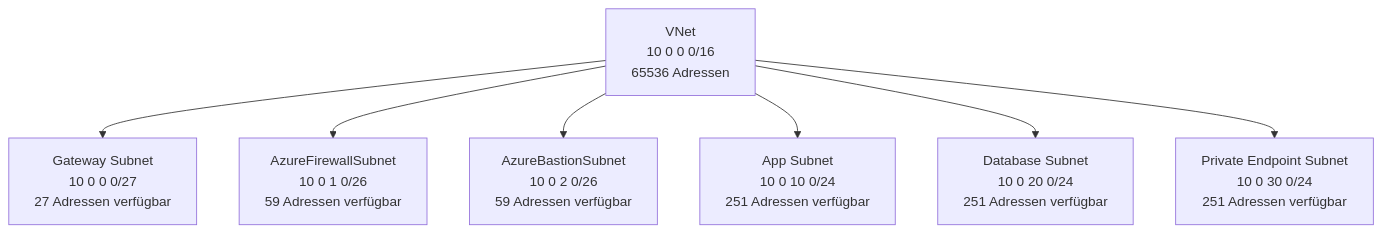
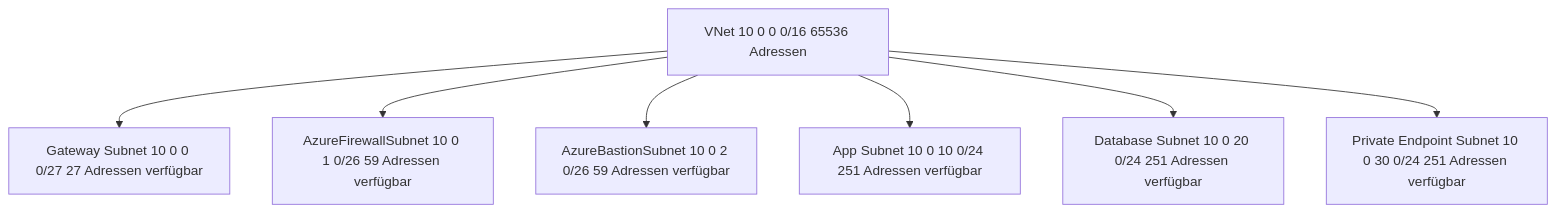
The first of 6 diagrams in Microsoft 365/Azure/Netzwerk/Azure Virtual Network.md (SoniiiT/notes-n-docs), drawn with Mermaid before and after one commit. The commit also changed other lines of this file and 124 other files, not shown here.

First line of the commit message:
fix: Entferne \n aus allen Mermaid-Diagrammen (125 Dateien)

````diff
--- a/Microsoft 365/Azure/Netzwerk/Azure Virtual Network.md
+++ b/Microsoft 365/Azure/Netzwerk/Azure Virtual Network.md
@@ -52,9 +52,9 @@
 ```mermaid
 graph TD
-    VNET[VNet\n10 0 0 0/16\n65536 Adressen] --> SNET1[Gateway Subnet\n10 0 0 0/27\n27 Adressen verfügbar]
-    VNET --> SNET2[AzureFirewallSubnet\n10 0 1 0/26\n59 Adressen verfügbar]
-    VNET --> SNET3[AzureBastionSubnet\n10 0 2 0/26\n59 Adressen verfügbar]
-    VNET --> SNET4[App Subnet\n10 0 10 0/24\n251 Adressen verfügbar]
-    VNET --> SNET5[Database Subnet\n10 0 20 0/24\n251 Adressen verfügbar]
-    VNET --> SNET6[Private Endpoint Subnet\n10 0 30 0/24\n251 Adressen verfügbar]
+    VNET[VNet 10 0 0 0/16 65536 Adressen] --> SNET1[Gateway Subnet 10 0 0 0/27 27 Adressen verfügbar]
+    VNET --> SNET2[AzureFirewallSubnet 10 0 1 0/26 59 Adressen verfügbar]
+    VNET --> SNET3[AzureBastionSubnet 10 0 2 0/26 59 Adressen verfügbar]
+    VNET --> SNET4[App Subnet 10 0 10 0/24 251 Adressen verfügbar]
+    VNET --> SNET5[Database Subnet 10 0 20 0/24 251 Adressen verfügbar]
+    VNET --> SNET6[Private Endpoint Subnet 10 0 30 0/24 251 Adressen verfügbar]
 ```
````
